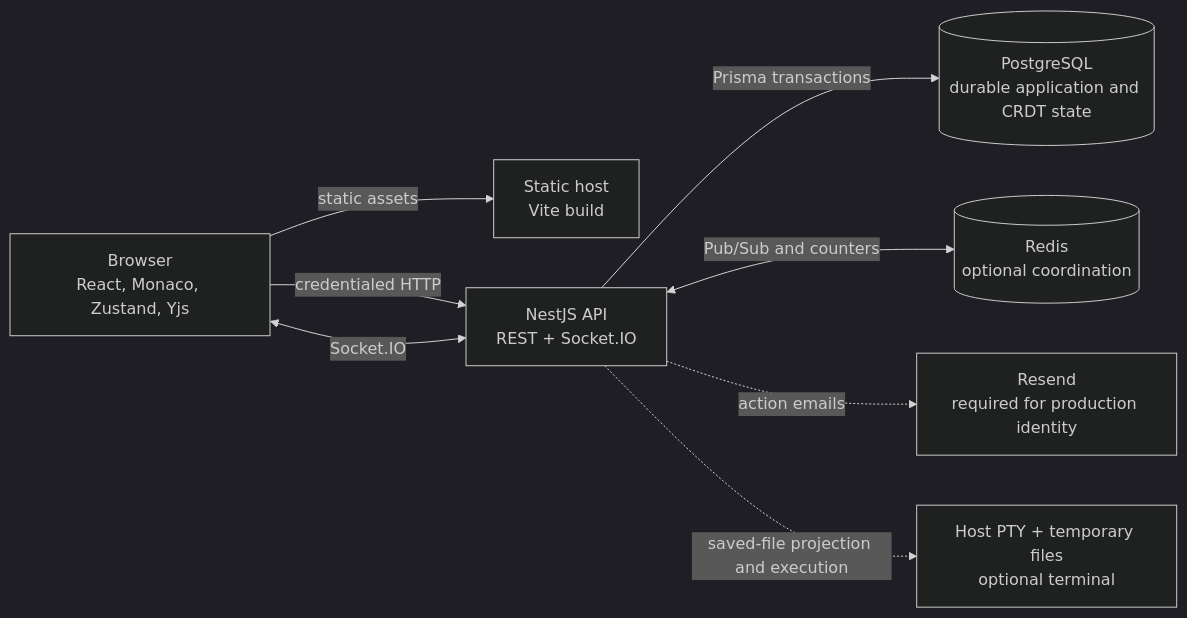
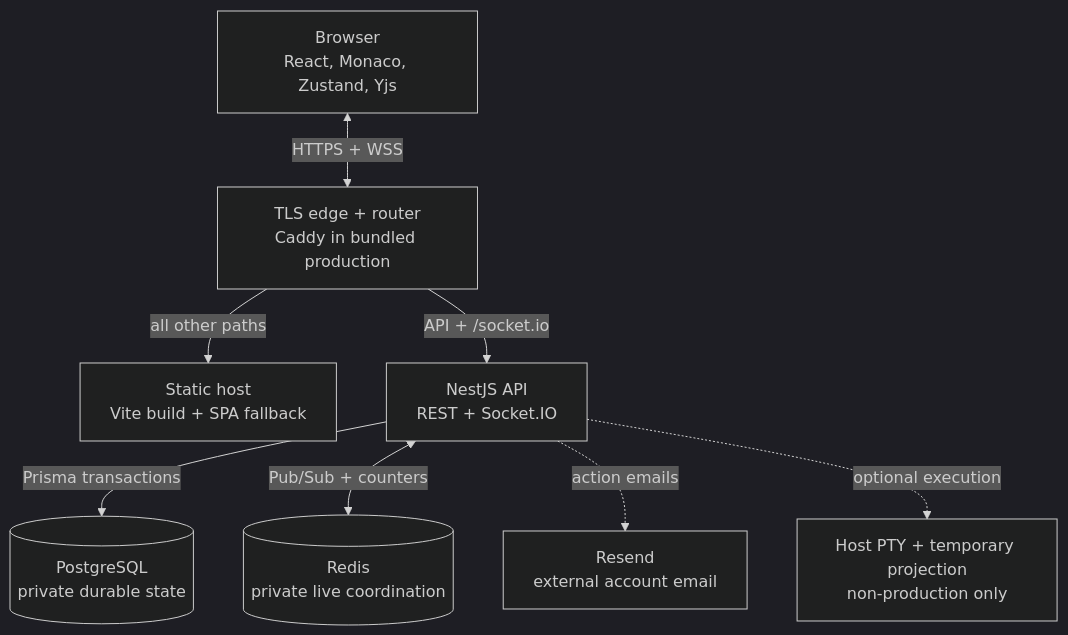
One commit to santinomarial/Meridian changed the diagram in docs/explanation/system-overview.md. Above: the diagram before and after it, drawn with Mermaid (dark theme). The commit also changed 10 other files, not shown here.

Commit message:
Redesign architecture diagrams

````diff
--- a/docs/explanation/system-overview.md
+++ b/docs/explanation/system-overview.md
@@ -10,18 +10,19 @@
 ```mermaid
-flowchart LR
+flowchart TB
     Browser["Browser<br/>React, Monaco, Zustand, Yjs"]
-    Static["Static host<br/>Vite build"]
+    Edge["TLS edge + router<br/>Caddy in bundled production"]
+    Static["Static host<br/>Vite build + SPA fallback"]
     API["NestJS API<br/>REST + Socket.IO"]
-    PG[("PostgreSQL<br/>durable application and CRDT state")]
-    Redis[("Redis<br/>optional coordination")]
-    Mail["Resend<br/>required for production identity"]
-    Host["Host PTY + temporary files<br/>optional terminal"]
+    PG[("PostgreSQL<br/>private durable state")]
+    Redis[("Redis<br/>private live coordination")]
+    Mail["Resend<br/>external account email"]
+    Host["Host PTY + temporary projection<br/>non-production only"]
 
-    Browser -->|"static assets"| Static
-    Browser -->|"credentialed HTTP"| API
-    Browser <-->|"Socket.IO"| API
+    Browser <-->|"HTTPS + WSS"| Edge
+    Edge -->|"all other paths"| Static
+    Edge -->|"API + /socket.io"| API
     API -->|"Prisma transactions"| PG
-    API <-->|"Pub/Sub and counters"| Redis
+    API <-->|"Pub/Sub + counters"| Redis
     API -.->|"action emails"| Mail
-    API -.->|"saved-file projection and execution"| Host
+    API -.->|"optional execution"| Host
 ```
````
